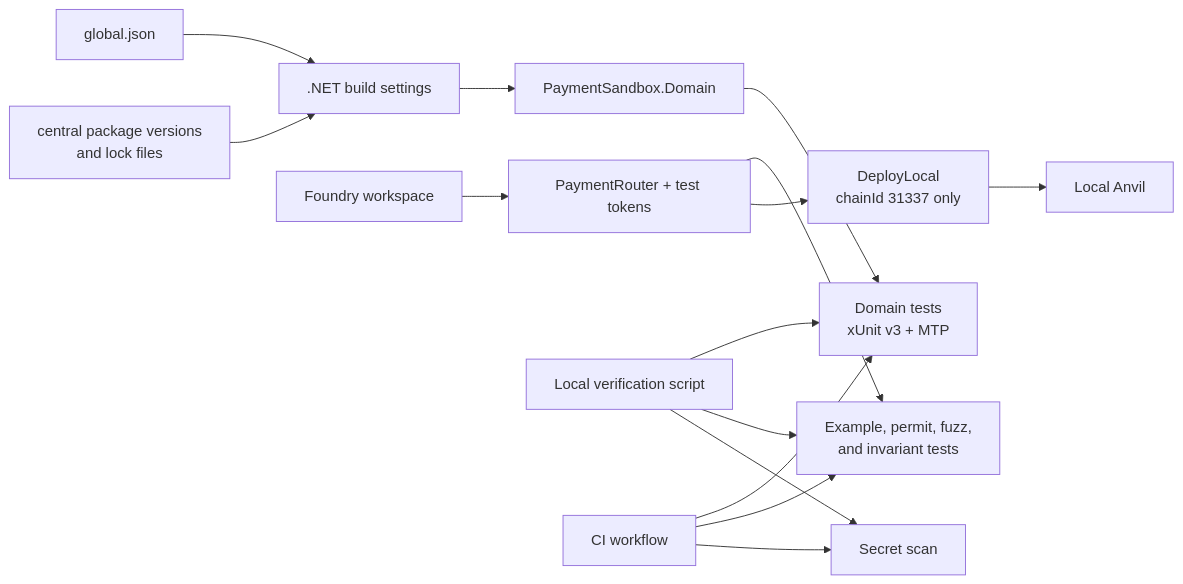
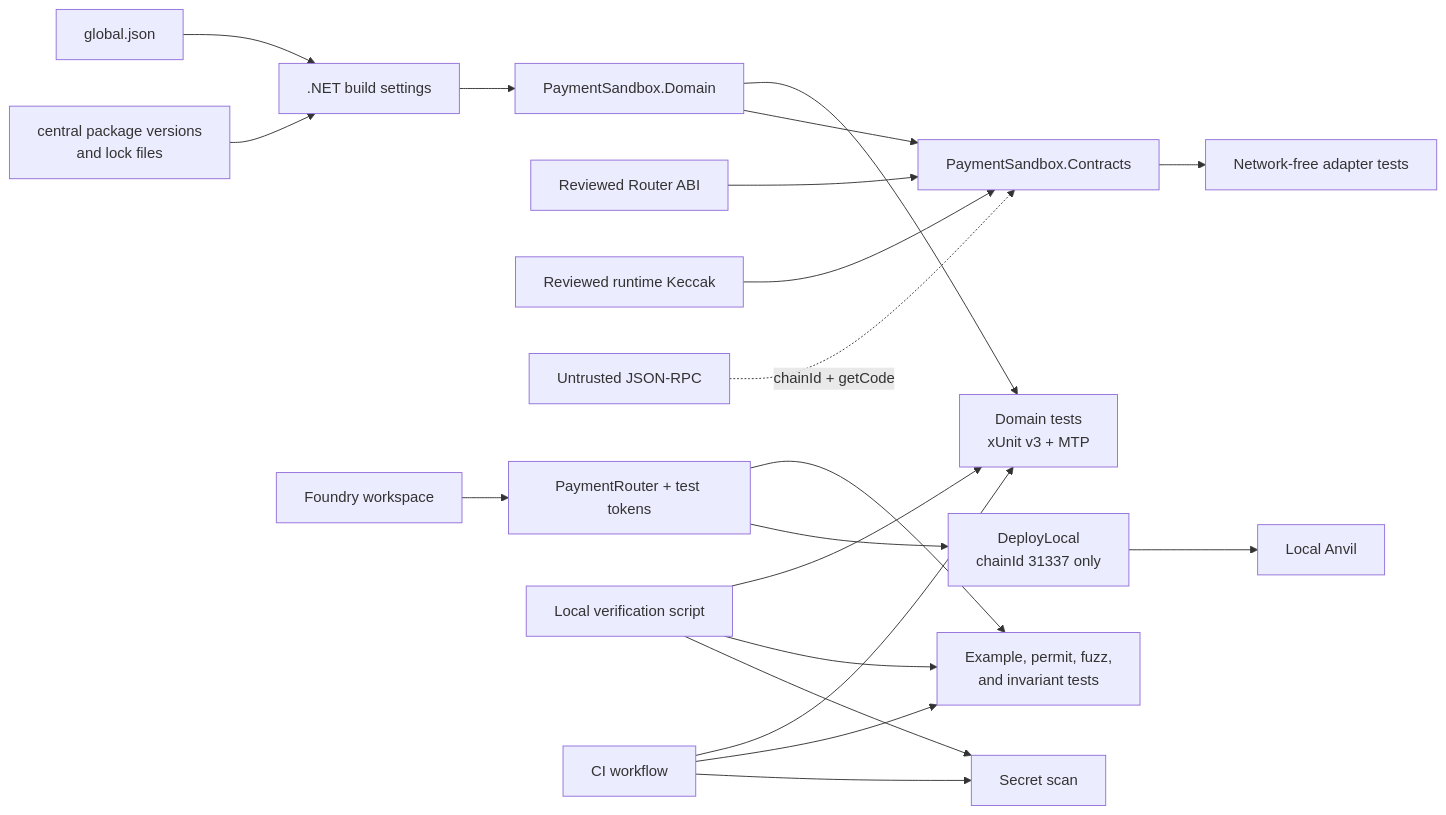
Before and after one commit to xiaocaiisxiaocai/dotnet-evm-payment-sandbox: the first of 2 diagrams in docs/architecture.md, drawn with Mermaid. The commit also changed other lines of this file and 23 other files, not shown here.

Commit message:
Add verified Nethereum contract adapter

````diff
--- a/docs/architecture.md
+++ b/docs/architecture.md
@@ -14,19 +14,24 @@
 ```mermaid
 flowchart LR
     SDK[global.json] --> Build[.NET build settings]
     Packages[central package versions<br/>and lock files] --> Build
     Build --> Domain[PaymentSandbox.Domain]
     Domain --> DomainTests[Domain tests<br/>xUnit v3 + MTP]
+    Domain --> Contracts[PaymentSandbox.Contracts]
+    ABI[Reviewed Router ABI] --> Contracts
+    Baseline[Reviewed runtime Keccak] --> Contracts
+    RPC[Untrusted JSON-RPC] -. chainId + getCode .-> Contracts
+    Contracts --> ContractAdapterTests[Network-free adapter tests]
 
     Foundry[Foundry workspace] --> Router[PaymentRouter + test tokens]
     Router --> ContractChecks[Example, permit, fuzz,<br/>and invariant tests]
     Router --> Deploy[DeployLocal<br/>chainId 31337 only]
     Deploy --> Anvil[Local Anvil]
 
     Verify[Local verification script] --> DomainTests
     Verify --> ContractChecks
     Verify --> SecretScan[Secret scan]
     CI[CI workflow] --> DomainTests
     CI --> ContractChecks
     CI --> SecretScan
 ```
````
